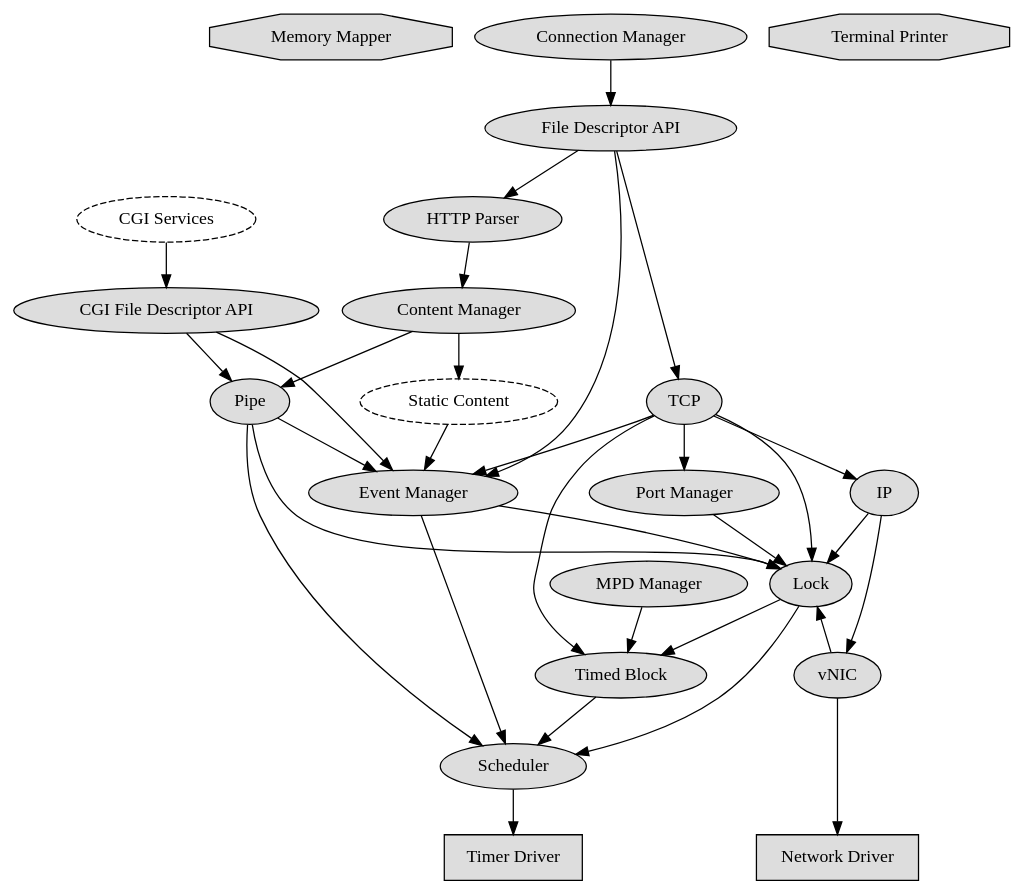
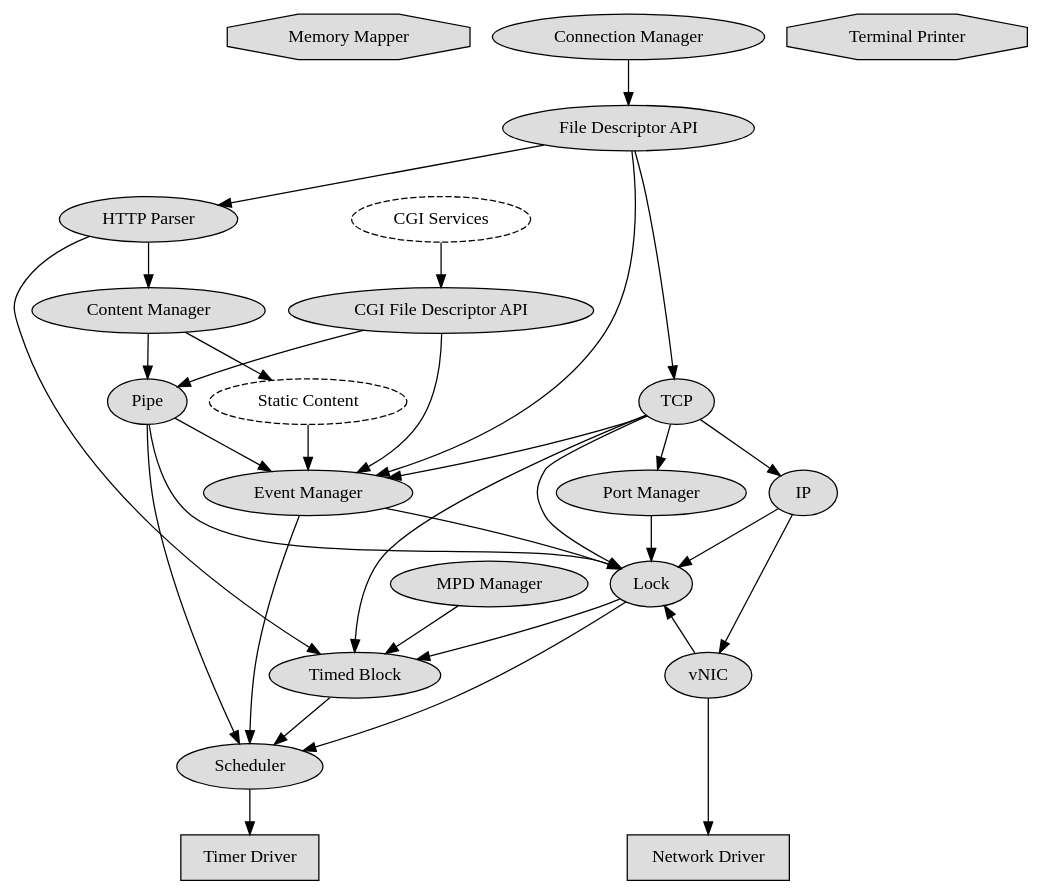
The diagram in module/doc/component_web_server.dot (gwsystems/composite), drawn with Graphviz before and after one commit. The commit also changed 12 other files, not shown here.

```diff
--- a/module/doc/component_web_server.dot
+++ b/module/doc/component_web_server.dot
@@ -1,92 +1,93 @@
 digraph web_server {
 	overlap=false;
 //	overlap=scale;
 	splines=true;
 //	rankdir=BT;
 
 	"Memory Mapper" [shape=octagon,fillcolor="#dddddd",style=filled];
 	{
 		rank=same;
 
 		"Network Driver" [shape=box,fillcolor="#dddddd",style=filled];
 		"Timer Driver" [shape=box,fillcolor="#dddddd",style=filled];
 	};
 		"Terminal Printer" [shape=octagon,fillcolor="#dddddd",style=filled];
 //	{
 //		rank=same;
 		"Connection Manager" [fillcolor="#dddddd",style=filled];
 		"File Descriptor API" [fillcolor="#dddddd",style=filled];
 //	};
 
 //	"UDP" [fillcolor="#dddddd",style=filled];
 	"TCP" [fillcolor="#dddddd",style=filled];
 
 	"HTTP Parser" [fillcolor="#dddddd",style=filled];
 	"CGI Services" [fillcolor="#dddddd",style=dashed];
 	"CGI File Descriptor API" [fillcolor="#dddddd",style=filled];	
 	"Content Manager" [fillcolor="#dddddd",style=filled];
 	"Pipe" [fillcolor="#dddddd",style=filled];
 	"Static Content" [style=dashed,fillcolor="#dddddd"];
 //	"Plugins" [fillcolor="#dddddd",style=filled];
 	"Scheduler" [fillcolor="#dddddd",style=filled];
 	{
 		rank=same;
 		"IP" [fillcolor="#dddddd",style=filled];
 		"Port Manager" [fillcolor="#dddddd",style=filled];
 		"Event Manager" [fillcolor="#dddddd",style=filled];
 	} 
 	{
 		rank=same;
 		"MPD Manager" [fillcolor="#dddddd",style=filled];
 		"Lock" [fillcolor="#dddddd",style=filled];
 	}
 	{
 		rank=same;
 		"Timed Block" [fillcolor="#dddddd",style=filled];
 		"vNIC" [fillcolor="#dddddd",style=filled];
 	}
 
 	// Edges
 	"Connection Manager" -> "File Descriptor API";
 	"File Descriptor API" -> "TCP";
 //	"File Descriptor API" -> "UDP";
 	"File Descriptor API" -> "Event Manager";
 	"HTTP Parser" -> "Content Manager";
+	"HTTP Parser" -> "Timed Block";
 //	"Content Manager" -> "Plugins";
 	"Content Manager" -> "Static Content";
 	"Static Content" -> "Event Manager";
 	"Content Manager" -> "Pipe";
 	"CGI Services" -> "CGI File Descriptor API";
 	"CGI File Descriptor API" -> "Event Manager";
 	"CGI File Descriptor API" -> "Pipe";
 	"Pipe" -> "Event Manager";
 	"Pipe" -> "Scheduler";
 	"Pipe" -> "Lock";
 //	"UDP" -> "IP";
 	"TCP" -> "IP";
 	"TCP" -> "Timed Block";
 //	"UDP" -> "Event Manager";
 	"TCP" -> "Event Manager";
 //	"UDP" -> "Port Manager";
 	"TCP" -> "Port Manager";
 	"Port Manager" -> "Lock";
 //	"Port Manager" -> "Net Demultiplexer";
 	"Event Manager" -> "Scheduler";
 	"Event Manager" -> "Lock";
 	"Lock" -> "Timed Block";
 	"Lock" -> "Scheduler";
 	"Timed Block" -> "Scheduler";
 //	"UDP" -> "Lock";
 	"TCP" -> "Lock";
 	"IP" -> "Lock";
 //	"File Descriptor API" -> "Lock";
 //	"IP" -> "Net Demultiplexer";
 	"IP" -> "vNIC";
 //	"IP" -> "Network Driver";
 	"vNIC" -> "Network Driver";
 	"vNIC" -> "Lock";
 	"Scheduler" -> "Timer Driver";
 	"File Descriptor API" -> "HTTP Parser";
 
 	"MPD Manager" -> "Timed Block";	
 }
```
